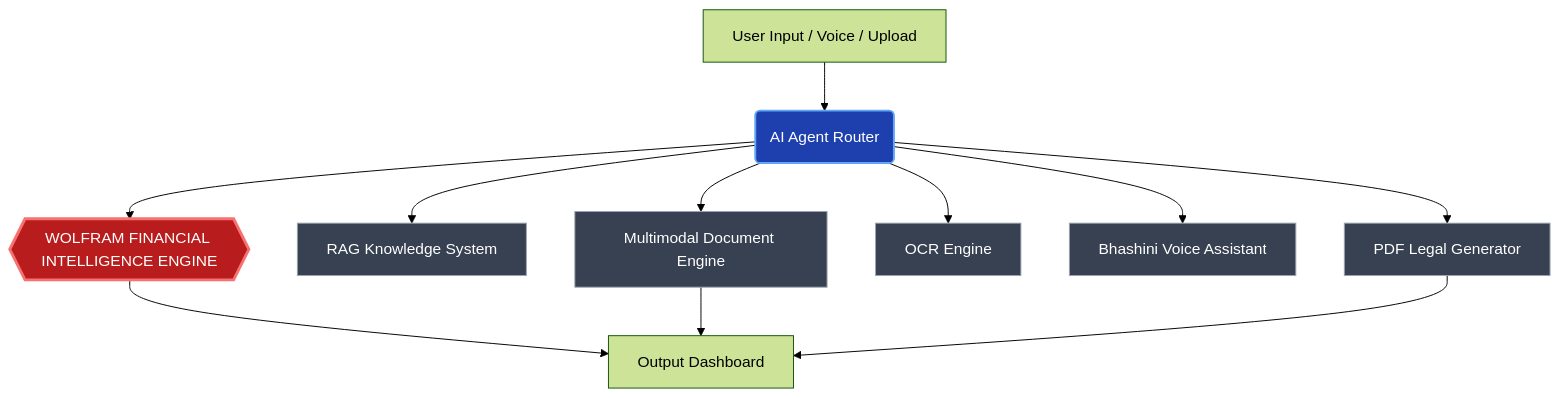
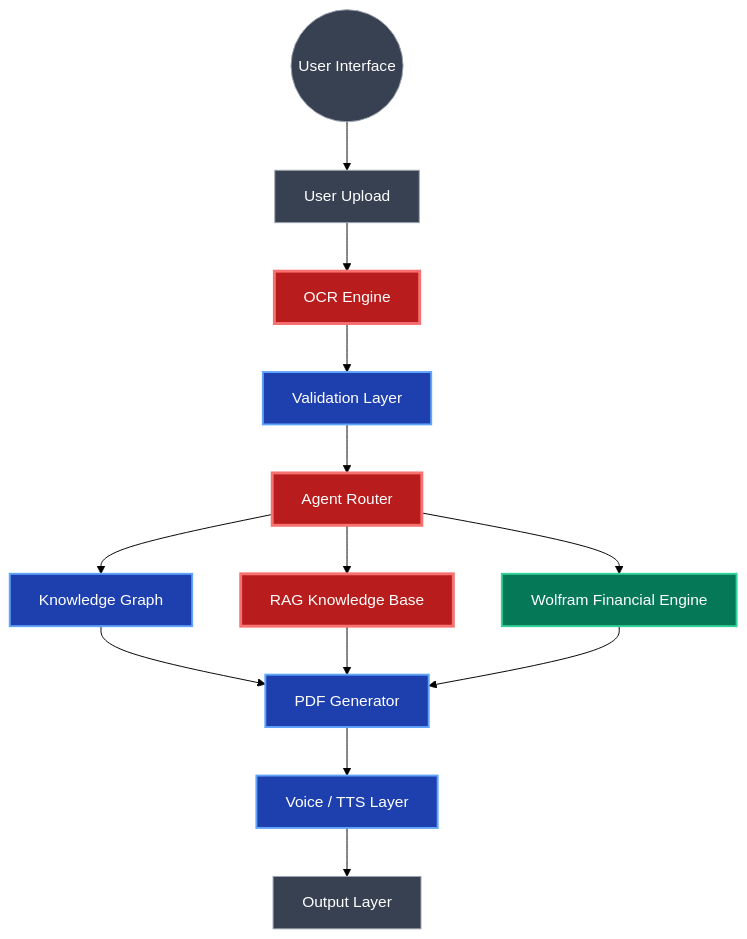
Before and after one commit to M-zz-k/Varasat_Ai: the first of 2 diagrams in README.md, drawn with Mermaid (forest theme). The commit also changed other lines of this file, not shown here.

Commit message:
docs: finalize hackathon README structure, workflow diagrams, and screenshot placeholders

````diff
--- a/README.md
+++ b/README.md
@@ -42,23 +81,28 @@
 ```mermaid
 graph TD
     classDef core fill:#1e40af,stroke:#60a5fa,stroke-width:2px,color:#fff;
-    classDef engine fill:#b91c1c,stroke:#f87171,stroke-width:3px,color:#fff;
-    classDef module fill:#374151,stroke:#9ca3af,stroke-width:1px,color:#fff;
+    classDef ai fill:#b91c1c,stroke:#f87171,stroke-width:3px,color:#fff;
+    classDef engine fill:#047857,stroke:#34d399,stroke-width:2px,color:#fff;
+    classDef ui fill:#374151,stroke:#9ca3af,stroke-width:1px,color:#fff;
     
-    A[User Input / Voice / Upload] --> B(AI Agent Router)
+    A((User Interface)) --> B[User Upload]
+    B --> C[OCR Engine]
+    C --> D[Validation Layer]
+    D --> E[Agent Router]
     
-    B --> C[Multimodal Document Engine]
-    B --> D[RAG Knowledge System]
-    B --> E{{WOLFRAM FINANCIAL INTELLIGENCE ENGINE}}
-    B --> F[OCR Engine]
-    B --> G[Bhashini Voice Assistant]
-    B --> H[PDF Legal Generator]
+    E --> F[Knowledge Graph]
+    E --> G[RAG Knowledge Base]
+    E --> H[Wolfram Financial Engine]
     
-    E --> I[Output Dashboard]
-    C --> I
+    F --> I[PDF Generator]
+    G --> I
     H --> I
     
-    class B core;
-    class E engine;
-    class C,D,F,G,H module;
+    I --> J[Voice / TTS Layer]
+    J --> K[Output Layer]
+    
+    class A,B,K ui;
+    class C,E,G ai;
+    class D,F,I,J core;
+    class H engine;
 ```
````
